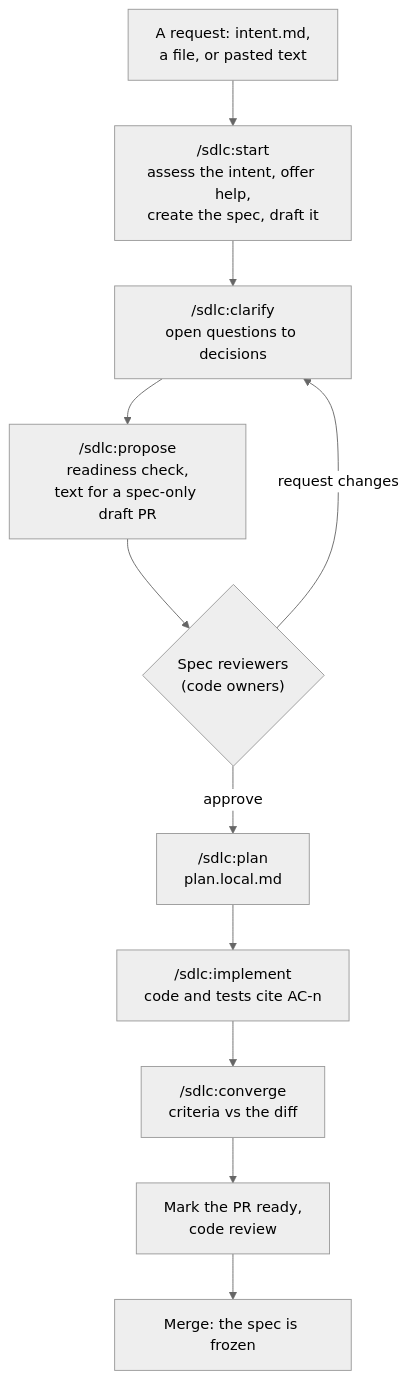
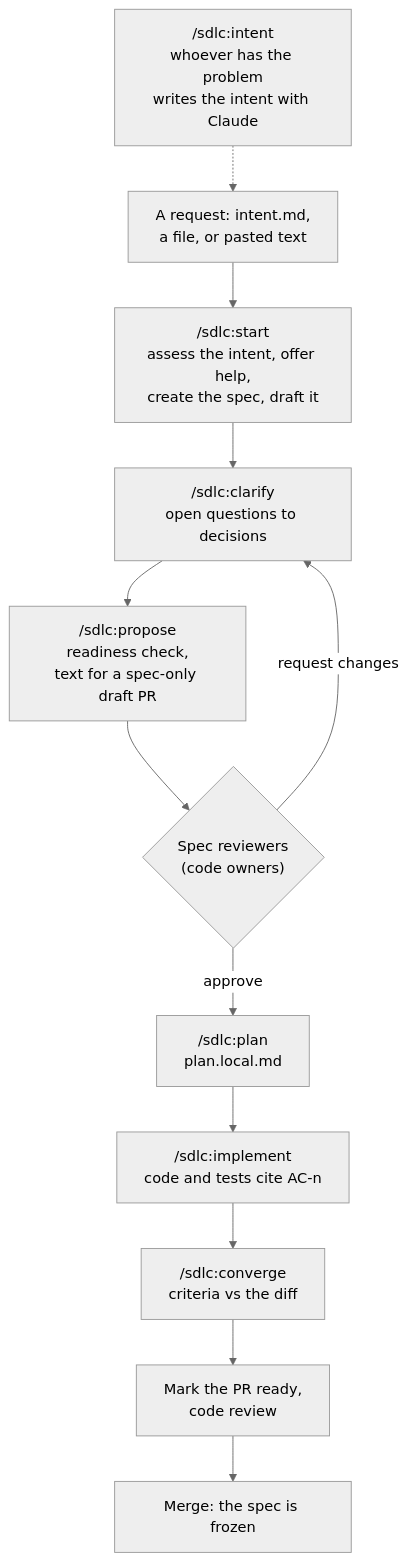
The first of 3 diagrams in docs/workflow.md (AshDevFr/claude-plugin-sdlc), drawn with Mermaid (neutral theme) before and after one commit. The commit also changed other lines of this file and 5 other files, not shown here.

First line of the commit message:
docs: describe writing the intent first with /sdlc:intent

````diff
--- a/docs/workflow.md
+++ b/docs/workflow.md
@@ -237,13 +244,14 @@
 ```mermaid
 flowchart TD
+    P["/sdlc:intent<br/>whoever has the problem<br/>writes the intent with Claude"] -.-> A
     A["A request: intent.md,<br/>a file, or pasted text"] --> B["/sdlc:start<br/>assess the intent, offer help,<br/>create the spec, draft it"]
     B --> C["/sdlc:clarify<br/>open questions to decisions"]
     C --> D["/sdlc:propose<br/>readiness check,<br/>text for a spec-only draft PR"]
     D --> E{"Spec reviewers<br/>(code owners)"}
     E -->|"request changes"| C
     E -->|"approve"| F["/sdlc:plan<br/>plan.local.md"]
     F --> G["/sdlc:implement<br/>code and tests cite AC-n"]
     G --> H["/sdlc:converge<br/>criteria vs the diff"]
     H --> I["Mark the PR ready,<br/>code review"]
     I --> J["Merge: the spec is frozen"]
 ```
````
